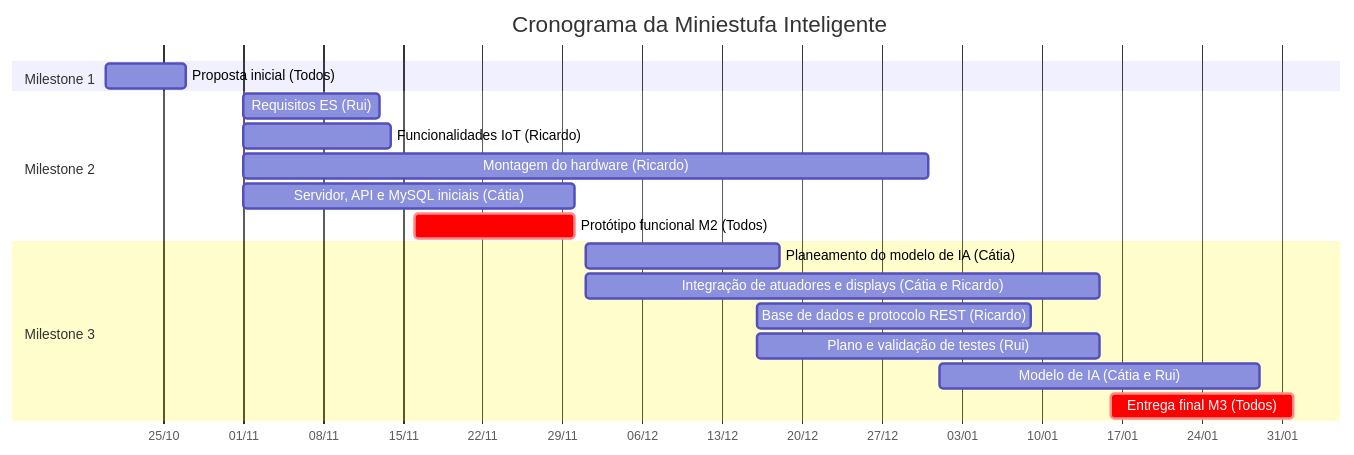
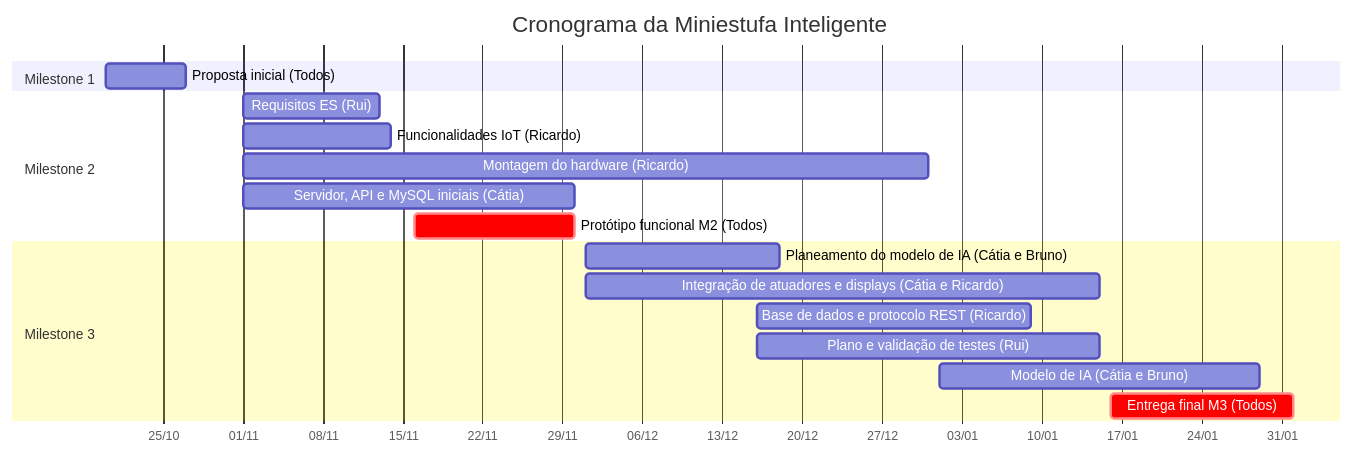
Before and after one commit to Ruif84/PBL-5o-semestre-2026-2027: the diagram in Documentacao/1aEntrega/README.md, drawn with Mermaid. The commit also changed other lines of this file, not shown here.

````diff
--- a/Documentacao/1aEntrega/README.md
+++ b/Documentacao/1aEntrega/README.md
@@ -192,21 +193,21 @@
 ```mermaid
 gantt
     title Cronograma da Miniestufa Inteligente
     dateFormat YYYY-MM-DD
     axisFormat %d/%m
     section Milestone 1
     Proposta inicial (Todos)                      :2026-10-20, 2026-10-27
     section Milestone 2
     Requisitos ES (Rui)                           :2026-11-01, 2026-11-13
     Funcionalidades IoT (Ricardo)                 :2026-11-01, 2026-11-14
     Montagem do hardware (Ricardo)                :2026-11-01, 2026-12-31
     Servidor, API e MySQL iniciais (Cátia)        :2026-11-01, 2026-11-30
     Protótipo funcional M2 (Todos)                :crit, 2026-11-16, 2026-11-30
     section Milestone 3
-    Planeamento do modelo de IA (Cátia)           :2026-12-01, 2026-12-18
+    Planeamento do modelo de IA (Cátia e Bruno)           :2026-12-01, 2026-12-18
     Integração de atuadores e displays (Cátia e Ricardo) :2026-12-01, 2027-01-15
     Base de dados e protocolo REST (Ricardo)      :2026-12-16, 2027-01-09
     Plano e validação de testes (Rui)             :2026-12-16, 2027-01-15
-    Modelo de IA (Cátia e Rui)                    :2027-01-01, 2027-01-29
+    Modelo de IA (Cátia e Bruno)                    :2027-01-01, 2027-01-29
     Entrega final M3 (Todos)                      :crit, 2027-01-16, 2027-02-01
 ```
````
